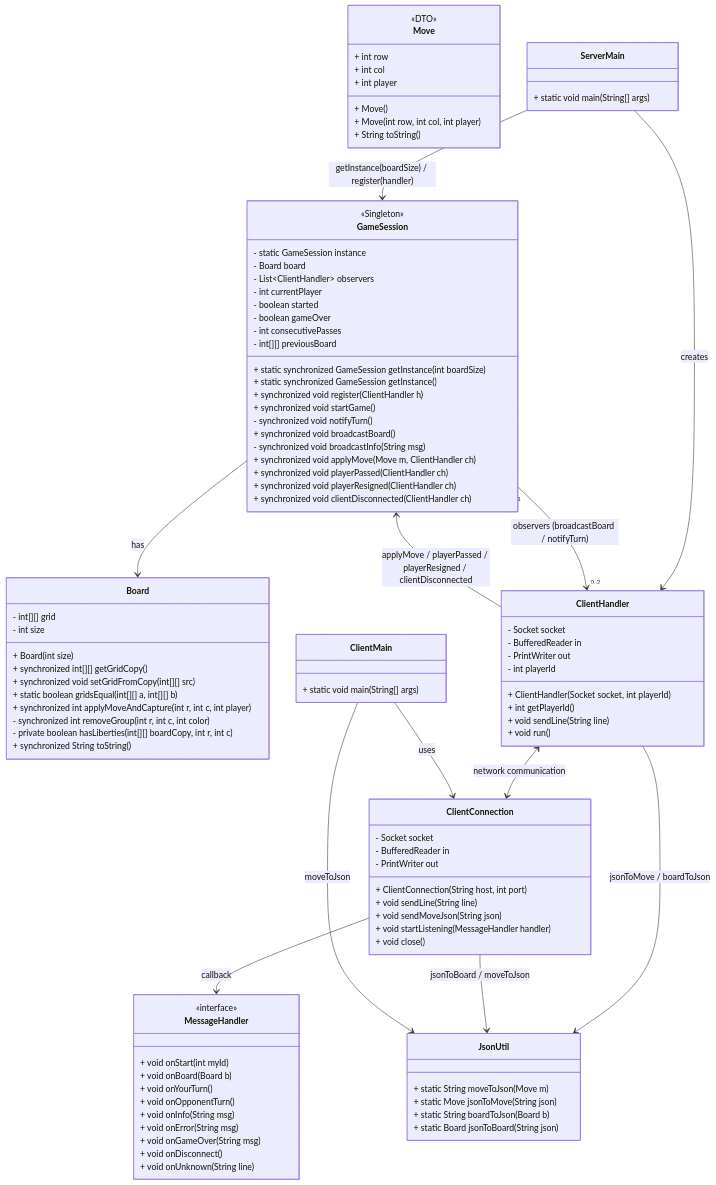
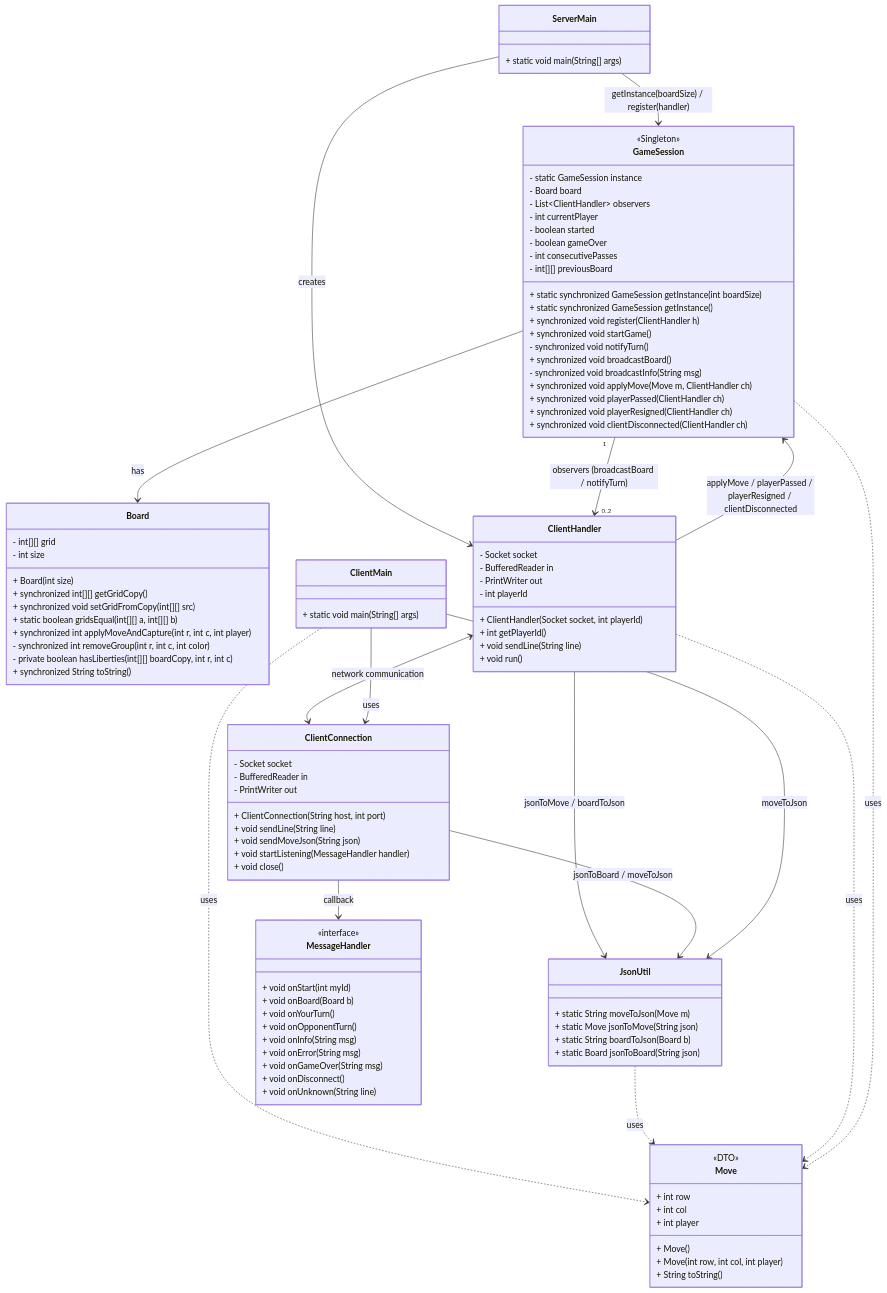
One commit to adam-1020/lab4 changed the diagram in diagram.md. Above: the diagram before and after it, drawn with Mermaid.

Commit message:
poprawa diagramu: dodanie strzałek dependecy (do klasy Move od pozostałych klas)

````diff
--- a/diagram.md
+++ b/diagram.md
@@ -141,4 +141,9 @@
     ClientConnection --> MessageHandler : callback
     ClientConnection --> JsonUtil : jsonToBoard / moveToJson
     ClientMain --> JsonUtil : moveToJson
+%% Move dependencies
+    ClientMain ..> Move : uses
+    JsonUtil ..> Move : uses
+    ClientHandler ..> Move : uses
+    GameSession ..> Move : uses
 ```
````
